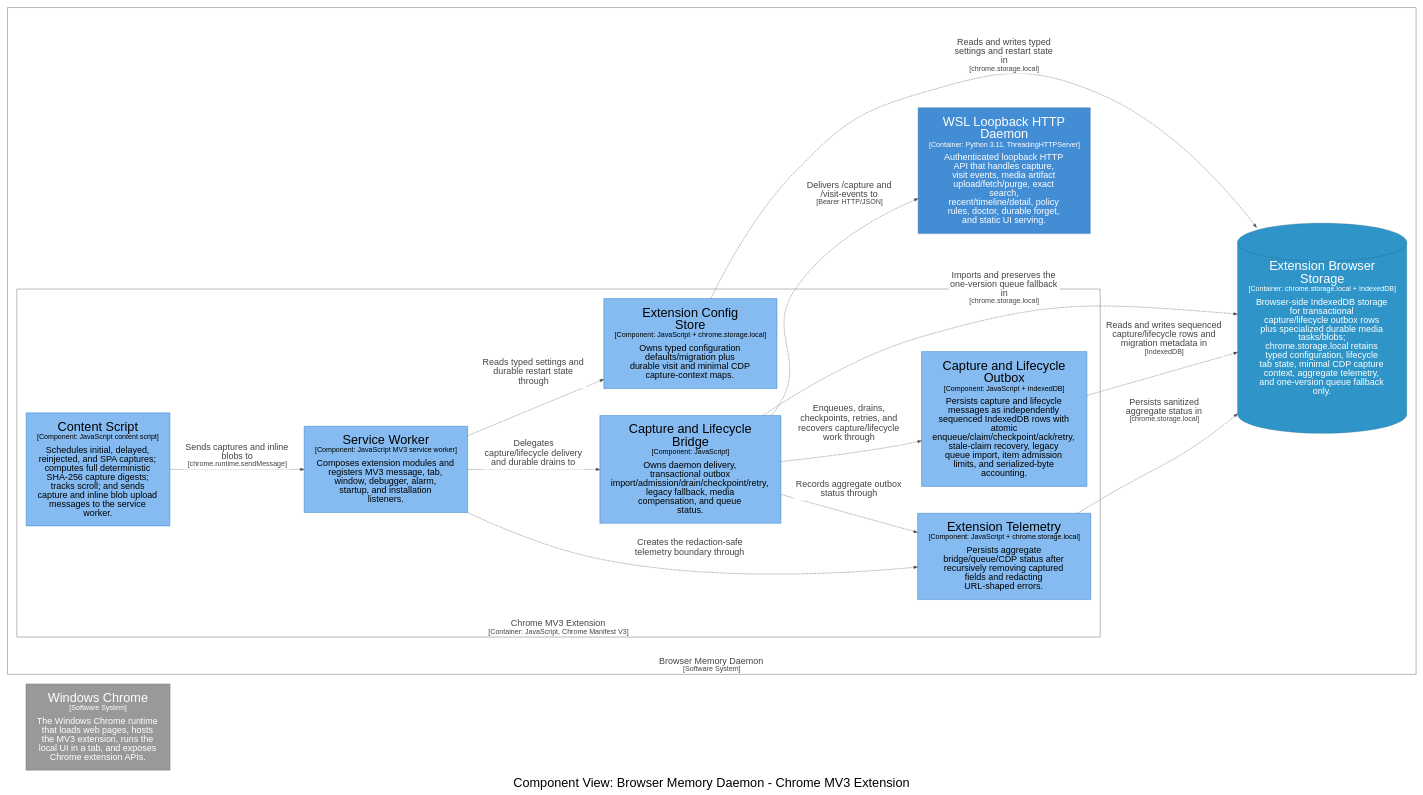
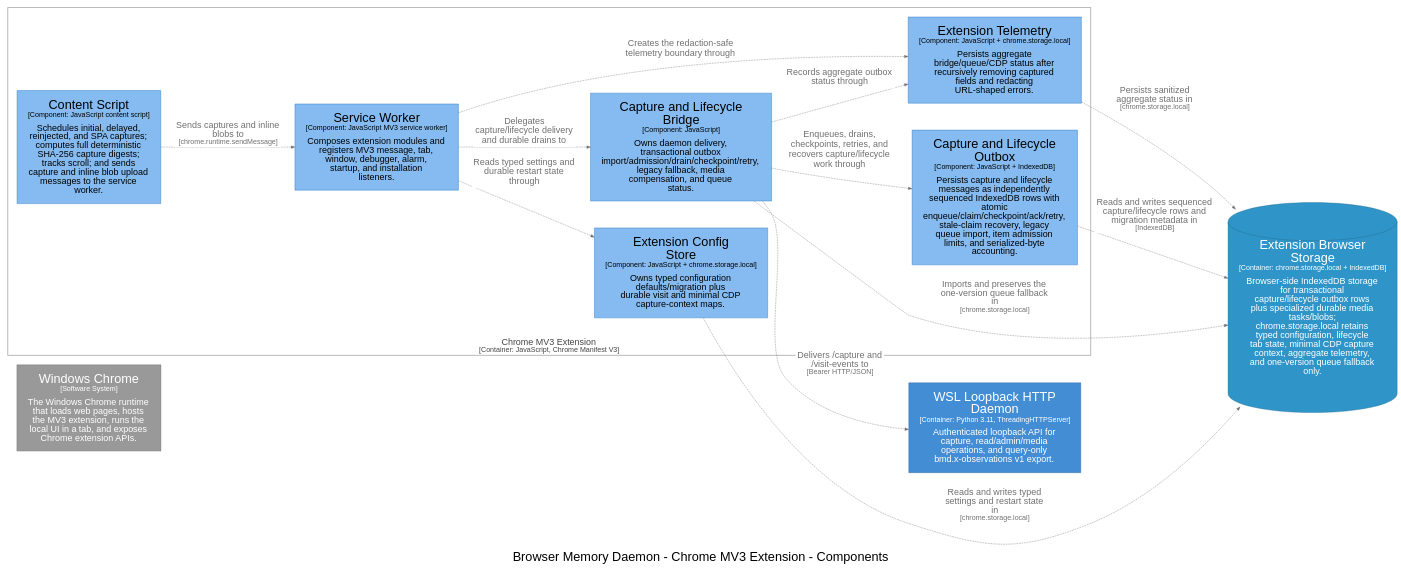
The diagram in docs/architecture/diagrams/dot/structurizr-ExtensionOutboxComponents.dot (michaelnicks0/browser-memory-daemon), drawn with Graphviz before and after one commit. The commit also changed 331 other files, not shown here.

Commit message:
docs: refresh architecture and publish surfaces

```diff
--- a/docs/architecture/diagrams/dot/structurizr-ExtensionOutboxComponents.dot
+++ b/docs/architecture/diagrams/dot/structurizr-ExtensionOutboxComponents.dot
@@ -3,48 +3,37 @@
   graph [fontname="Arial", rankdir=LR, ranksep=1.0, nodesep=1.0]
   node [fontname="Arial", shape=box, margin="0.4,0.3"]
   edge [fontname="Arial"]
-  label=<<br /><font point-size="34">Component View: Browser Memory Daemon - Chrome MV3 Extension</font>>
+  label=<<br /><font point-size="34">Browser Memory Daemon - Chrome MV3 Extension - Components</font>>
 
   2 [id=2,shape=rect, label=<<font point-size="34">Windows Chrome</font><br /><font point-size="19">[Software System]</font><br /><br /><font point-size="24">The Windows Chrome runtime<br />that loads web pages, hosts<br />the MV3 extension, runs the<br />local UI in a tab, and exposes<br />Chrome extension APIs.</font>>, style=filled, color="#6b6b6b", fillcolor="#999999", fontcolor="#ffffff"]
+  21 [id=21,shape=cylinder, label=<<font point-size="34">Extension Browser<br />Storage</font><br /><font point-size="19">[Container: chrome.storage.local + IndexedDB]</font><br /><br /><font point-size="24">Browser-side IndexedDB storage<br />for transactional<br />capture/lifecycle outbox rows<br />plus specialized durable media<br />tasks/blobs;<br />chrome.storage.local retains<br />typed configuration, lifecycle<br />tab state, minimal CDP capture<br />context, aggregate telemetry,<br />and one-version queue fallback<br />only.</font>>, style=filled, color="#20688c", fillcolor="#2f95c8", fontcolor="#ffffff"]
+  22 [id=22,shape=rect, label=<<font point-size="34">WSL Loopback HTTP<br />Daemon</font><br /><font point-size="19">[Container: Python 3.11, ThreadingHTTPServer]</font><br /><br /><font point-size="24">Authenticated loopback API for<br />capture, read/admin/media<br />operations, and query-only<br />bmd.x-observations v1 export.</font>>, style=filled, color="#2e6295", fillcolor="#438dd5", fontcolor="#ffffff"]
 
-  subgraph cluster_4 {
+  subgraph cluster_5 {
     margin=25
-    label=<<font point-size="24"><br />Browser Memory Daemon</font><br /><font point-size="19">[Software System]</font>>
+    label=<<font point-size="24"><br />Chrome MV3 Extension</font><br /><font point-size="19">[Container: JavaScript, Chrome Manifest V3]</font>>
     labelloc=b
     color="#444444"
     fontcolor="#444444"
     fillcolor="#444444"
 
-    subgraph cluster_5 {
-      margin=25
-      label=<<font point-size="24"><br />Chrome MV3 Extension</font><br /><font point-size="19">[Container: JavaScript, Chrome Manifest V3]</font>>
-      labelloc=b
-      color="#444444"
-      fontcolor="#444444"
-      fillcolor="#444444"
-
-      10 [id=10,shape=rect, label=<<font point-size="34">Extension Config<br />Store</font><br /><font point-size="19">[Component: JavaScript + chrome.storage.local]</font><br /><br /><font point-size="24">Owns typed configuration<br />defaults/migration plus<br />durable visit and minimal CDP<br />capture-context maps.</font>>, style=filled, color="#1168bd", fillcolor="#85bbf0", fontcolor="#000000"]
-      13 [id=13,shape=rect, label=<<font point-size="34">Capture and Lifecycle<br />Bridge</font><br /><font point-size="19">[Component: JavaScript]</font><br /><br /><font point-size="24">Owns daemon delivery,<br />transactional outbox<br />import/admission/drain/checkpoint/retry,<br />legacy fallback, media<br />compensation, and queue<br />status.</font>>, style=filled, color="#1168bd", fillcolor="#85bbf0", fontcolor="#000000"]
-      15 [id=15,shape=rect, label=<<font point-size="34">Extension Telemetry</font><br /><font point-size="19">[Component: JavaScript + chrome.storage.local]</font><br /><br /><font point-size="24">Persists aggregate<br />bridge/queue/CDP status after<br />recursively removing captured<br />fields and redacting<br />URL-shaped errors.</font>>, style=filled, color="#1168bd", fillcolor="#85bbf0", fontcolor="#000000"]
-      16 [id=16,shape=rect, label=<<font point-size="34">Capture and Lifecycle<br />Outbox</font><br /><font point-size="19">[Component: JavaScript + IndexedDB]</font><br /><br /><font point-size="24">Persists capture and lifecycle<br />messages as independently<br />sequenced IndexedDB rows with<br />atomic<br />enqueue/claim/checkpoint/ack/retry,<br />stale-claim recovery, legacy<br />queue import, item admission<br />limits, and serialized-byte<br />accounting.</font>>, style=filled, color="#1168bd", fillcolor="#85bbf0", fontcolor="#000000"]
-      8 [id=8,shape=rect, label=<<font point-size="34">Content Script</font><br /><font point-size="19">[Component: JavaScript content script]</font><br /><br /><font point-size="24">Schedules initial, delayed,<br />reinjected, and SPA captures;<br />computes full deterministic<br />SHA-256 capture digests;<br />tracks scroll; and sends<br />capture and inline blob upload<br />messages to the service<br />worker.</font>>, style=filled, color="#1168bd", fillcolor="#85bbf0", fontcolor="#000000"]
-      9 [id=9,shape=rect, label=<<font point-size="34">Service Worker</font><br /><font point-size="19">[Component: JavaScript MV3 service worker]</font><br /><br /><font point-size="24">Composes extension modules and<br />registers MV3 message, tab,<br />window, debugger, alarm,<br />startup, and installation<br />listeners.</font>>, style=filled, color="#1168bd", fillcolor="#85bbf0", fontcolor="#000000"]
-    }
-
-    21 [id=21,shape=cylinder, label=<<font point-size="34">Extension Browser<br />Storage</font><br /><font point-size="19">[Container: chrome.storage.local + IndexedDB]</font><br /><br /><font point-size="24">Browser-side IndexedDB storage<br />for transactional<br />capture/lifecycle outbox rows<br />plus specialized durable media<br />tasks/blobs;<br />chrome.storage.local retains<br />typed configuration, lifecycle<br />tab state, minimal CDP capture<br />context, aggregate telemetry,<br />and one-version queue fallback<br />only.</font>>, style=filled, color="#20688c", fillcolor="#2f95c8", fontcolor="#ffffff"]
-    22 [id=22,shape=rect, label=<<font point-size="34">WSL Loopback HTTP<br />Daemon</font><br /><font point-size="19">[Container: Python 3.11, ThreadingHTTPServer]</font><br /><br /><font point-size="24">Authenticated loopback HTTP<br />API that handles capture,<br />visit events, media artifact<br />upload/fetch/purge, exact<br />search,<br />recent/timeline/detail, policy<br />rules, doctor, durable forget,<br />and static UI serving.</font>>, style=filled, color="#2e6295", fillcolor="#438dd5", fontcolor="#ffffff"]
+    10 [id=10,shape=rect, label=<<font point-size="34">Extension Config<br />Store</font><br /><font point-size="19">[Component: JavaScript + chrome.storage.local]</font><br /><br /><font point-size="24">Owns typed configuration<br />defaults/migration plus<br />durable visit and minimal CDP<br />capture-context maps.</font>>, style=filled, color="#1168bd", fillcolor="#85bbf0", fontcolor="#000000"]
+    13 [id=13,shape=rect, label=<<font point-size="34">Capture and Lifecycle<br />Bridge</font><br /><font point-size="19">[Component: JavaScript]</font><br /><br /><font point-size="24">Owns daemon delivery,<br />transactional outbox<br />import/admission/drain/checkpoint/retry,<br />legacy fallback, media<br />compensation, and queue<br />status.</font>>, style=filled, color="#1168bd", fillcolor="#85bbf0", fontcolor="#000000"]
+    15 [id=15,shape=rect, label=<<font point-size="34">Extension Telemetry</font><br /><font point-size="19">[Component: JavaScript + chrome.storage.local]</font><br /><br /><font point-size="24">Persists aggregate<br />bridge/queue/CDP status after<br />recursively removing captured<br />fields and redacting<br />URL-shaped errors.</font>>, style=filled, color="#1168bd", fillcolor="#85bbf0", fontcolor="#000000"]
+    16 [id=16,shape=rect, label=<<font point-size="34">Capture and Lifecycle<br />Outbox</font><br /><font point-size="19">[Component: JavaScript + IndexedDB]</font><br /><br /><font point-size="24">Persists capture and lifecycle<br />messages as independently<br />sequenced IndexedDB rows with<br />atomic<br />enqueue/claim/checkpoint/ack/retry,<br />stale-claim recovery, legacy<br />queue import, item admission<br />limits, and serialized-byte<br />accounting.</font>>, style=filled, color="#1168bd", fillcolor="#85bbf0", fontcolor="#000000"]
+    8 [id=8,shape=rect, label=<<font point-size="34">Content Script</font><br /><font point-size="19">[Component: JavaScript content script]</font><br /><br /><font point-size="24">Schedules initial, delayed,<br />reinjected, and SPA captures;<br />computes full deterministic<br />SHA-256 capture digests;<br />tracks scroll; and sends<br />capture and inline blob upload<br />messages to the service<br />worker.</font>>, style=filled, color="#1168bd", fillcolor="#85bbf0", fontcolor="#000000"]
+    9 [id=9,shape=rect, label=<<font point-size="34">Service Worker</font><br /><font point-size="19">[Component: JavaScript MV3 service worker]</font><br /><br /><font point-size="24">Composes extension modules and<br />registers MV3 message, tab,<br />window, debugger, alarm,<br />startup, and installation<br />listeners.</font>>, style=filled, color="#1168bd", fillcolor="#85bbf0", fontcolor="#000000"]
   }
 
-  15 -> 21 [id=105, label=<<TABLE BORDER="0" CELLBORDER="0" CELLSPACING="0" CELLPADDING="4" BGCOLOR="white"><TR><TD><font point-size="24">Persists sanitized<br />aggregate status in</font><br /><font point-size="19">[chrome.storage.local]</font></TD></TR></TABLE>>, style="dashed", color="#444444", fontcolor="#444444"]
-  8 -> 9 [id=84, label=<<TABLE BORDER="0" CELLBORDER="0" CELLSPACING="0" CELLPADDING="4" BGCOLOR="white"><TR><TD><font point-size="24">Sends captures and inline<br />blobs to</font><br /><font point-size="19">[chrome.runtime.sendMessage]</font></TD></TR></TABLE>>, style="dashed", color="#444444", fontcolor="#444444"]
-  9 -> 10 [id=85, label=<<TABLE BORDER="0" CELLBORDER="0" CELLSPACING="0" CELLPADDING="4" BGCOLOR="white"><TR><TD><font point-size="24">Reads typed settings and<br />durable restart state<br />through</font></TD></TR></TABLE>>, style="dashed", color="#444444", fontcolor="#444444"]
-  10 -> 21 [id=88, label=<<TABLE BORDER="0" CELLBORDER="0" CELLSPACING="0" CELLPADDING="4" BGCOLOR="white"><TR><TD><font point-size="24">Reads and writes typed<br />settings and restart state<br />in</font><br /><font point-size="19">[chrome.storage.local]</font></TD></TR></TABLE>>, style="dashed", color="#444444", fontcolor="#444444"]
-  9 -> 13 [id=91, label=<<TABLE BORDER="0" CELLBORDER="0" CELLSPACING="0" CELLPADDING="4" BGCOLOR="white"><TR><TD><font point-size="24">Delegates<br />capture/lifecycle delivery<br />and durable drains to</font></TD></TR></TABLE>>, style="dashed", color="#444444", fontcolor="#444444"]
-  9 -> 15 [id=93, label=<<TABLE BORDER="0" CELLBORDER="0" CELLSPACING="0" CELLPADDING="4" BGCOLOR="white"><TR><TD><font point-size="24">Creates the redaction-safe<br />telemetry boundary through</font></TD></TR></TABLE>>, style="dashed", color="#444444", fontcolor="#444444"]
-  13 -> 16 [id=94, label=<<TABLE BORDER="0" CELLBORDER="0" CELLSPACING="0" CELLPADDING="4" BGCOLOR="white"><TR><TD><font point-size="24">Enqueues, drains,<br />checkpoints, retries, and<br />recovers capture/lifecycle<br />work through</font></TD></TR></TABLE>>, style="dashed", color="#444444", fontcolor="#444444"]
-  13 -> 21 [id=95, label=<<TABLE BORDER="0" CELLBORDER="0" CELLSPACING="0" CELLPADDING="4" BGCOLOR="white"><TR><TD><font point-size="24">Imports and preserves the<br />one-version queue fallback<br />in</font><br /><font point-size="19">[chrome.storage.local]</font></TD></TR></TABLE>>, style="dashed", color="#444444", fontcolor="#444444"]
-  13 -> 22 [id=97, label=<<TABLE BORDER="0" CELLBORDER="0" CELLSPACING="0" CELLPADDING="4" BGCOLOR="white"><TR><TD><font point-size="24">Delivers /capture and<br />/visit-events to</font><br /><font point-size="19">[Bearer HTTP/JSON]</font></TD></TR></TABLE>>, style="dashed", color="#444444", fontcolor="#444444"]
-  13 -> 15 [id=98, label=<<TABLE BORDER="0" CELLBORDER="0" CELLSPACING="0" CELLPADDING="4" BGCOLOR="white"><TR><TD><font point-size="24">Records aggregate outbox<br />status through</font></TD></TR></TABLE>>, style="dashed", color="#444444", fontcolor="#444444"]
-  16 -> 21 [id=99, label=<<TABLE BORDER="0" CELLBORDER="0" CELLSPACING="0" CELLPADDING="4" BGCOLOR="white"><TR><TD><font point-size="24">Reads and writes sequenced<br />capture/lifecycle rows and<br />migration metadata in</font><br /><font point-size="19">[IndexedDB]</font></TD></TR></TABLE>>, style="dashed", color="#444444", fontcolor="#444444"]
-
+  16 -> 21 [id=100, label=<<TABLE BORDER="0" CELLBORDER="0" CELLSPACING="0" CELLPADDING="4" BGCOLOR="white"><TR><TD><font point-size="24">Reads and writes sequenced<br />capture/lifecycle rows and<br />migration metadata in</font><br /><font point-size="19">[IndexedDB]</font></TD></TR></TABLE>>, style="dashed", color="#707070", fontcolor="#707070"]
+  15 -> 21 [id=106, label=<<TABLE BORDER="0" CELLBORDER="0" CELLSPACING="0" CELLPADDING="4" BGCOLOR="white"><TR><TD><font point-size="24">Persists sanitized<br />aggregate status in</font><br /><font point-size="19">[chrome.storage.local]</font></TD></TR></TABLE>>, style="dashed", color="#707070", fontcolor="#707070"]
+  8 -> 9 [id=85, label=<<TABLE BORDER="0" CELLBORDER="0" CELLSPACING="0" CELLPADDING="4" BGCOLOR="white"><TR><TD><font point-size="24">Sends captures and inline<br />blobs to</font><br /><font point-size="19">[chrome.runtime.sendMessage]</font></TD></TR></TABLE>>, style="dashed", color="#707070", fontcolor="#707070"]
+  9 -> 10 [id=86, label=<<TABLE BORDER="0" CELLBORDER="0" CELLSPACING="0" CELLPADDING="4" BGCOLOR="white"><TR><TD><font point-size="24">Reads typed settings and<br />durable restart state<br />through</font></TD></TR></TABLE>>, style="dashed", color="#707070", fontcolor="#707070"]
+  10 -> 21 [id=89, label=<<TABLE BORDER="0" CELLBORDER="0" CELLSPACING="0" CELLPADDING="4" BGCOLOR="white"><TR><TD><font point-size="24">Reads and writes typed<br />settings and restart state<br />in</font><br /><font point-size="19">[chrome.storage.local]</font></TD></TR></TABLE>>, style="dashed", color="#707070", fontcolor="#707070"]
+  9 -> 13 [id=92, label=<<TABLE BORDER="0" CELLBORDER="0" CELLSPACING="0" CELLPADDING="4" BGCOLOR="white"><TR><TD><font point-size="24">Delegates<br />capture/lifecycle delivery<br />and durable drains to</font></TD></TR></TABLE>>, style="dashed", color="#707070", fontcolor="#707070"]
+  9 -> 15 [id=94, label=<<TABLE BORDER="0" CELLBORDER="0" CELLSPACING="0" CELLPADDING="4" BGCOLOR="white"><TR><TD><font point-size="24">Creates the redaction-safe<br />telemetry boundary through</font></TD></TR></TABLE>>, style="dashed", color="#707070", fontcolor="#707070"]
+  13 -> 16 [id=95, label=<<TABLE BORDER="0" CELLBORDER="0" CELLSPACING="0" CELLPADDING="4" BGCOLOR="white"><TR><TD><font point-size="24">Enqueues, drains,<br />checkpoints, retries, and<br />recovers capture/lifecycle<br />work through</font></TD></TR></TABLE>>, style="dashed", color="#707070", fontcolor="#707070"]
+  13 -> 21 [id=96, label=<<TABLE BORDER="0" CELLBORDER="0" CELLSPACING="0" CELLPADDING="4" BGCOLOR="white"><TR><TD><font point-size="24">Imports and preserves the<br />one-version queue fallback<br />in</font><br /><font point-size="19">[chrome.storage.local]</font></TD></TR></TABLE>>, style="dashed", color="#707070", fontcolor="#707070"]
+  13 -> 22 [id=98, label=<<TABLE BORDER="0" CELLBORDER="0" CELLSPACING="0" CELLPADDING="4" BGCOLOR="white"><TR><TD><font point-size="24">Delivers /capture and<br />/visit-events to</font><br /><font point-size="19">[Bearer HTTP/JSON]</font></TD></TR></TABLE>>, style="dashed", color="#707070", fontcolor="#707070"]
+  13 -> 15 [id=99, label=<<TABLE BORDER="0" CELLBORDER="0" CELLSPACING="0" CELLPADDING="4" BGCOLOR="white"><TR><TD><font point-size="24">Records aggregate outbox<br />status through</font></TD></TR></TABLE>>, style="dashed", color="#707070", fontcolor="#707070"]
 }
```
